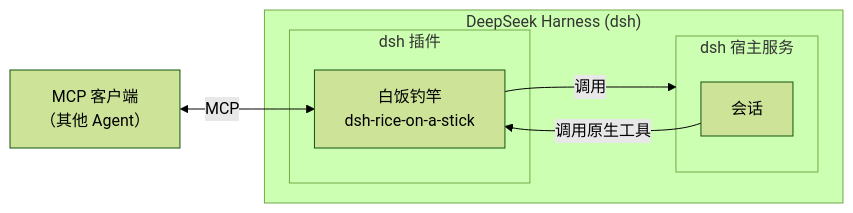
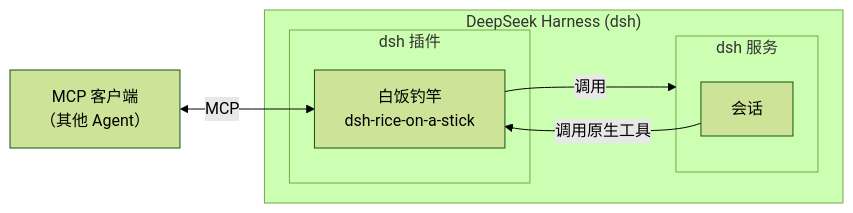
One commit to Leawind/dsh-rice-on-a-stick changed the diagram in README.md. Above: the diagram before and after it, drawn with Mermaid (forest theme). The commit also changed other lines of this file and 7 other files, not shown here.

````diff
--- a/README.md
+++ b/README.md
@@ -16,17 +16,17 @@
 ```mermaid
 flowchart LR
     mcpClient["MCP 客户端<br>（其他 Agent）"]
 
     subgraph dsh["DeepSeek Harness (dsh)"]
         subgraph plugins["dsh 插件"]
           plugin["白饭钓竿<br>dsh-rice-on-a-stick"]
         end
-        subgraph hostServices["dsh 宿主服务"]
+        subgraph dshServices["dsh 服务"]
             sessions["会话"]
         end
     end
 
     mcpClient <-->|"MCP"| plugin
-    plugin -->|"调用"| hostServices
+    plugin -->|"调用"| dshServices
     sessions -->|"调用原生工具"| plugin
 ```
````
